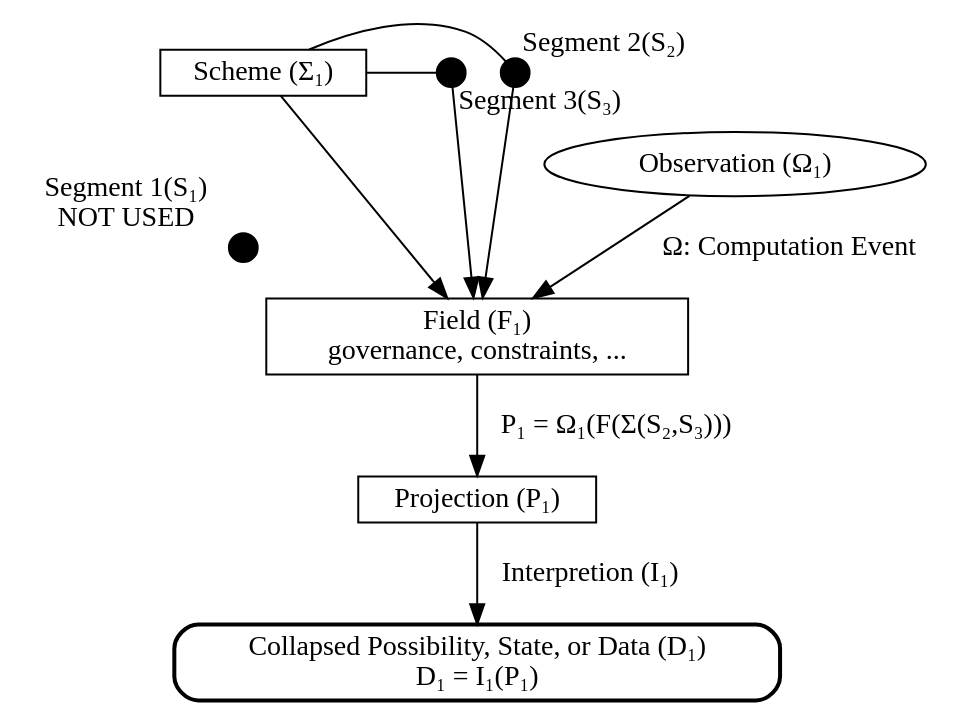
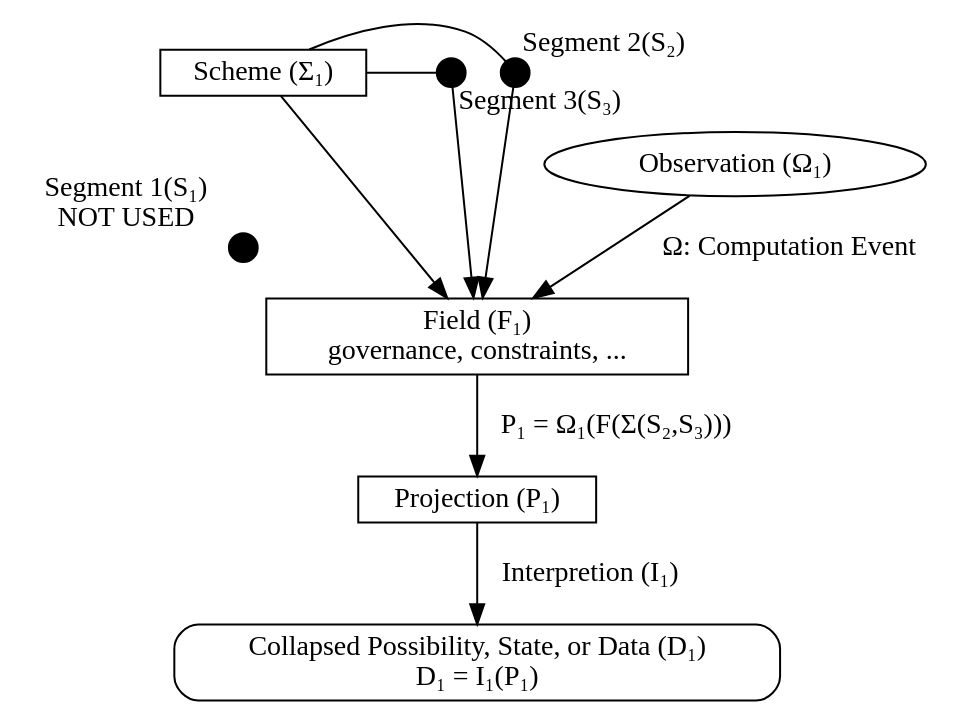
One commit to ssccsorg/ssccs changed the first of 8 diagrams in docs/Whitepaper.qmd. Above: the diagram before and after it, drawn with Graphviz. The commit also changed other lines of this file and 4 other files, not shown here.

Commit message:
wp: update and add ontology graphic

````diff
--- a/docs/Whitepaper.qmd
+++ b/docs/Whitepaper.qmd
@@ -149,53 +156,53 @@
 ```{dot}
 //| label: fig-ontology
 //| fig-cap: "SSCCS Ontology: Three irreducible layers"
 digraph SSCCS_Ontology {
     node [shape=rect];
     
     // Static Infrastructure: Immutable physical coordinates (S1 is defined but not utilized)
     node [shape=point, width=0.2, height=0.2];
     s1 [xlabel="Segment 1(S₁)\nNOT USED"];
     s2 [xlabel="Segment 2(S₂)"];
     s3 [xlabel="Segment 3(S₃)"];
     
     // Structural Blueprint: Topological configuration of segments
     Scheme [label="Scheme (Σ₁)", shape=rect];
     
     // Dynamic Governance: The medium for constraints and field propagation
     Field [label="Field (F₁)\ngovernance, constraints, ...", shape=rect];
     
     // Computation Event: The triggering observation that initiates projection
     Observation [label="Observation (Ω₁)", shape=ellipse];
     
     // Manifested State: The output of the field under observation
     Projection [label="Projection (P₁)\n", shape=box];
 
     // Final Deterministic State: Interpreted data from the projection
-    Data [label="Collapsed Possibility, State, or Data (D₁)\nD₁ = I₁(P₁)",shape=box, style=rounded, penwidth=2];
+    Data [label="Collapsed Possibility, State, or Data (D₁)\nD₁ = I₁(P₁)",shape=box, style=rounded];
     
     // Structural Binding: Defines the static relationship between Scheme and Segments
     {rank=source;
         edge [arrowhead=none, style=solid];
         Scheme -> s2;
         Scheme -> s3;
     }
     
     // Structural Input: Topology and Segments define the Field's boundary conditions
     edge [arrowhead=normal];
     Scheme -> Field;
 
     edge [arrowhead=normal];
     s2 -> Field;
     s3 -> Field;
 
     // Trigger Mechanism: Observation acts as the operator on the Field
     edge [arrowhead=normal, style=solid];
     Observation -> Field [label="Ω: Computation Event"];
     
     // Resultant Projection: Field manifests the state through the observation operator
     Field -> Projection [label="P₁ = Ω₁(F(Σ(S₂,S₃)))"];
 
     // Data Derivation: The final step of interpreting physical projection into data
     Projection -> Data [label="Interpretion (I₁)"];
 }
 ```
````
